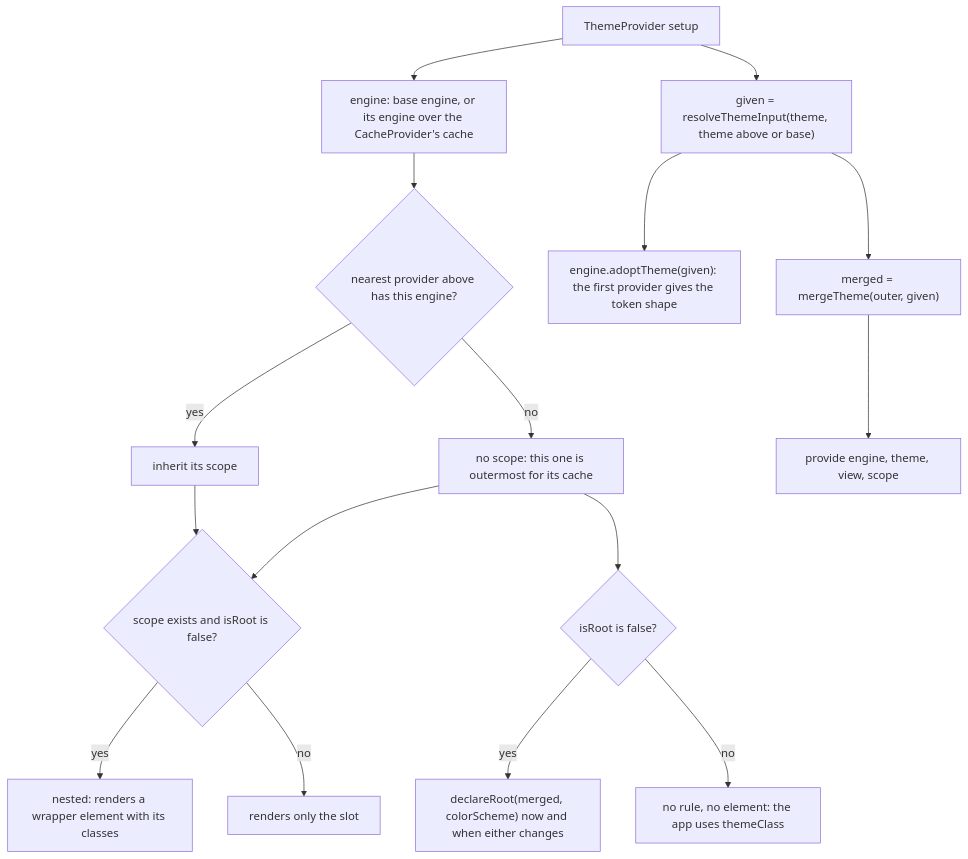
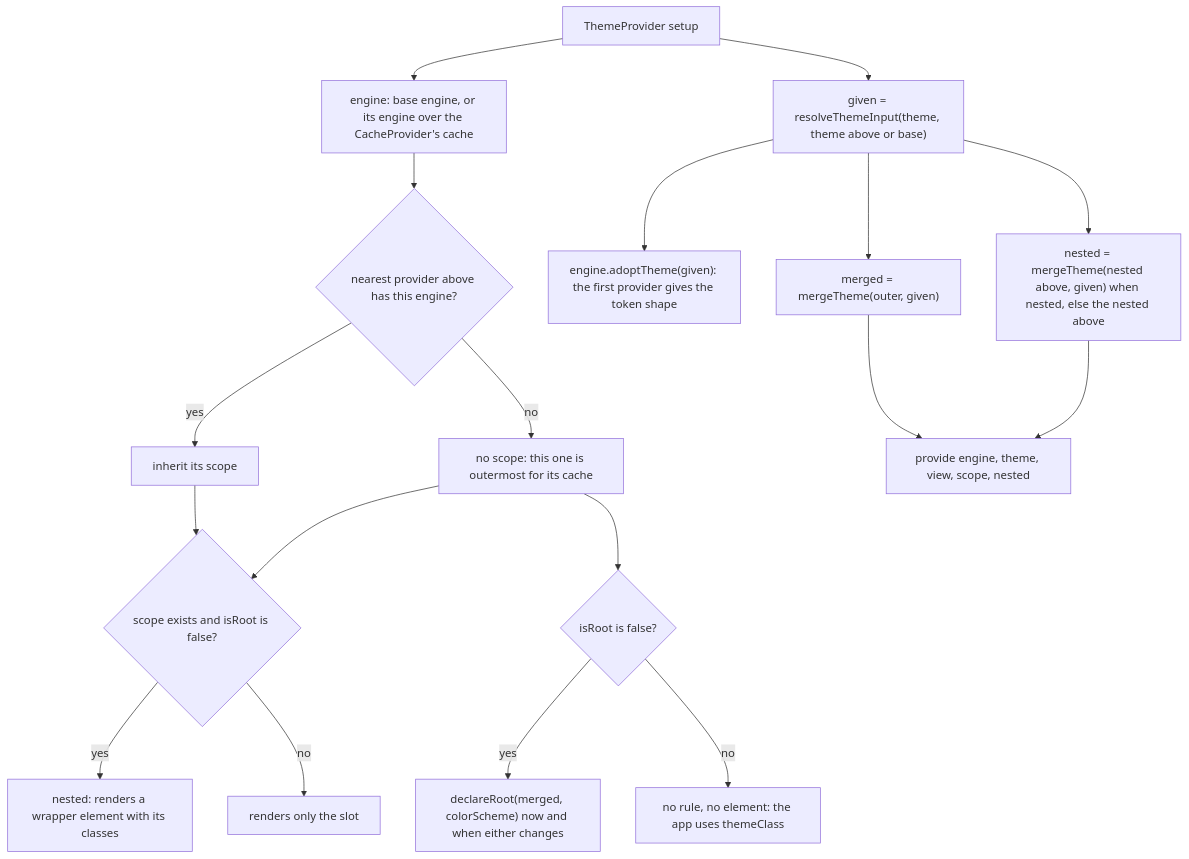
The diagram in packages/vue/src/ThemeProvider.md (soroush-tech/umber-style), drawn with Mermaid before and after one commit. The commit also changed other lines of this file and 85 other files, not shown here.

Commit message:
feat: outside production each rule is written as text in a style element of its own, the option is named speedy, and a nested theme leaves the tokens it does not change to the theme of the page - close #52

````diff
--- a/packages/vue/src/ThemeProvider.md
+++ b/packages/vue/src/ThemeProvider.md
@@ -19,18 +19,20 @@
 ```mermaid
 flowchart TD
   setup["ThemeProvider setup"] --> eng["engine: base engine, or its engine over the CacheProvider's cache"]
   eng --> sc{"nearest provider above has this engine?"}
   sc -->|"yes"| inh["inherit its scope"]
   sc -->|"no"| none["no scope: this one is outermost for its cache"]
   inh --> nest{"scope exists and isRoot is false?"}
   none --> nest
   nest -->|"yes"| wrap["nested: renders a wrapper element with its classes"]
   nest -->|"no"| bare["renders only the slot"]
   setup --> giv["given = resolveThemeInput(theme, theme above or base)"]
   giv --> adopt["engine.adoptTheme(given): the first provider gives the token shape"]
   giv --> mer["merged = mergeTheme(outer, given)"]
-  mer --> prov["provide engine, theme, view, scope"]
+  mer --> prov["provide engine, theme, view, scope, nested"]
+  giv --> nst["nested = mergeTheme(nested above, given) when nested, else the nested above"]
+  nst --> prov
   none --> root{"isRoot is false?"}
   root -->|"yes"| decl["declareRoot(merged, colorScheme) now and when either changes"]
   root -->|"no"| skip["no rule, no element: the app uses themeClass"]
 ```
````
